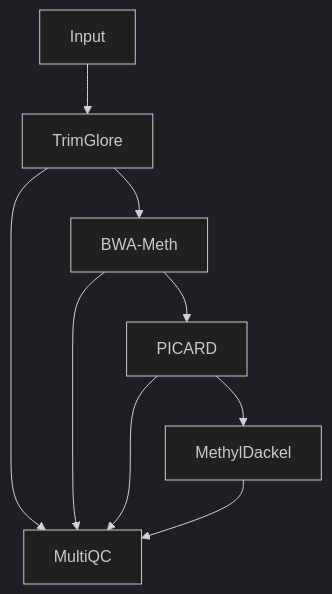
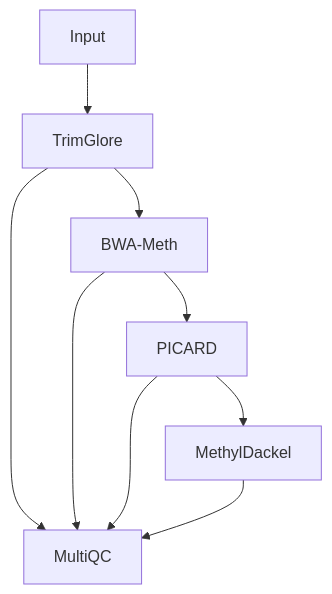
The diagram in README.md (yxiangSG/nf_testdata), drawn with Mermaid before and after one commit.

````diff
--- a/README.md
+++ b/README.md
@@ -3,12 +3,12 @@
 ```mermaid
- %%{init: { 'theme':'dark', 'sequence': {'useMaxWidth':false} } }%%
+ %%{init: { width: 1000}  }%%
 graph TD;
 Input-->TrimGlore;
 TrimGlore-->BWA-Meth;
 TrimGlore-->MultiQC;
 BWA-Meth-->MultiQC;
 BWA-Meth-->PICARD;
 PICARD-->MultiQC;
 PICARD-->MethylDackel;
 MethylDackel-->MultiQC;
 ```
````
